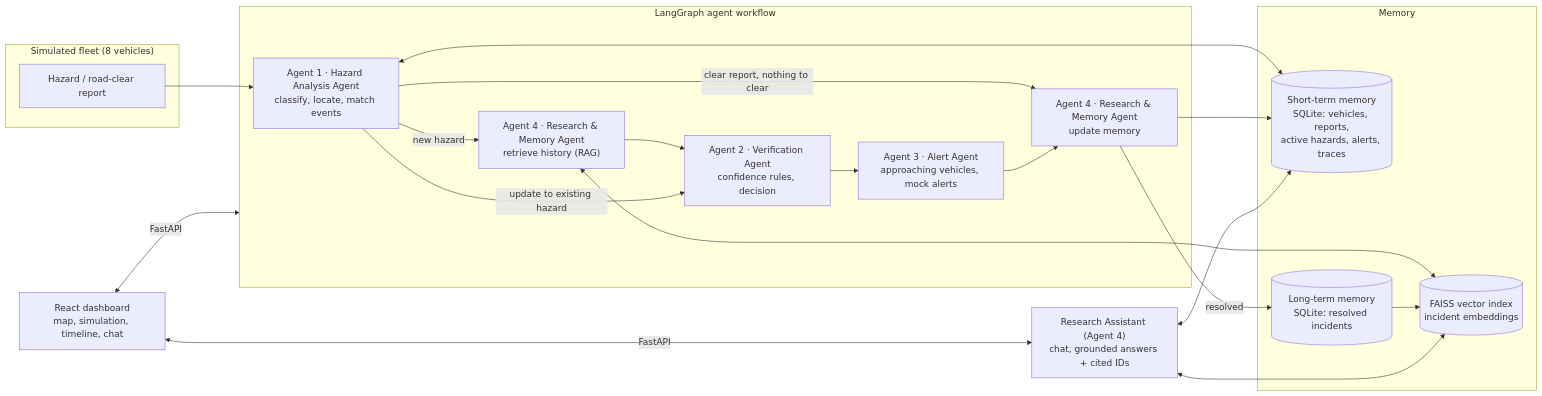
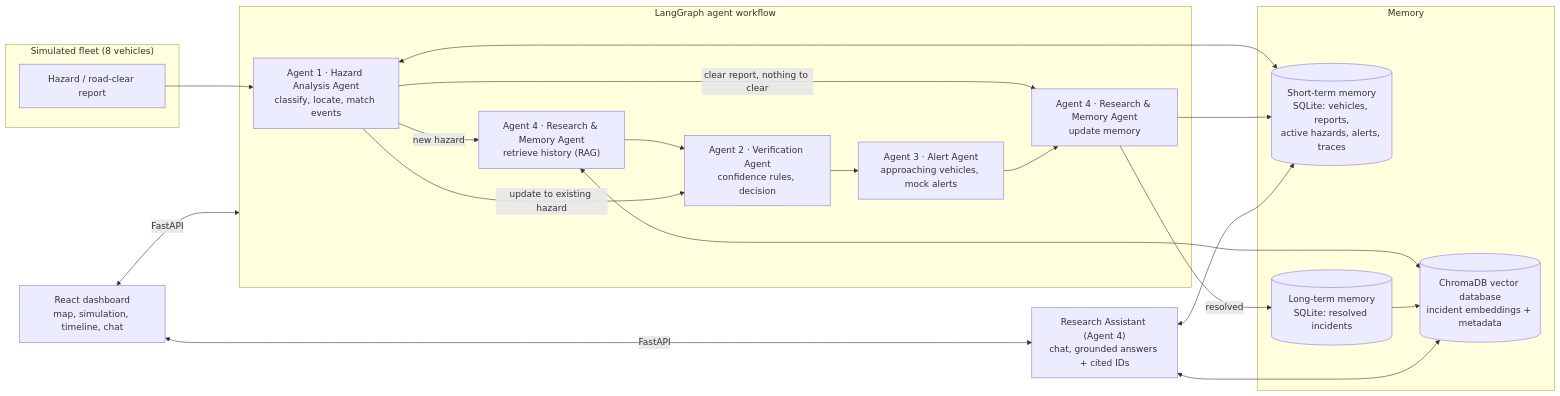
Before and after one commit to kirankh7/Autonomous-Safety-Agent-System: the diagram in autonomous-vehicle-agent/README.md, drawn with Mermaid. The commit also changed other lines of this file and 10 other files, not shown here.

First line of the commit message:
Use ChromaDB as the vector database

````diff
--- a/autonomous-vehicle-agent/README.md
+++ b/autonomous-vehicle-agent/README.md
@@ -30,37 +30,37 @@
 ```mermaid
 flowchart LR
     subgraph Vehicles["Simulated fleet (8 vehicles)"]
         R[Hazard / road-clear report]
     end
 
     subgraph Graph["LangGraph agent workflow"]
         A1["Agent 1 · Hazard Analysis Agent<br/>classify, locate, match events"]
         A4a["Agent 4 · Research & Memory Agent<br/>retrieve history (RAG)"]
         A2["Agent 2 · Verification Agent<br/>confidence rules, decision"]
         A3["Agent 3 · Alert Agent<br/>approaching vehicles, mock alerts"]
         A4b["Agent 4 · Research & Memory Agent<br/>update memory"]
         A1 -- new hazard --> A4a --> A2
         A1 -- update to existing hazard --> A2
         A1 -- clear report, nothing to clear --> A4b
         A2 --> A3 --> A4b
     end
 
     subgraph Memory
         STM[("Short-term memory<br/>SQLite: vehicles, reports,<br/>active hazards, alerts, traces")]
         LTM[("Long-term memory<br/>SQLite: resolved incidents")]
-        VEC[("FAISS vector index<br/>incident embeddings")]
+        VEC[("ChromaDB vector database<br/>incident embeddings + metadata")]
     end
 
     RA["Research Assistant (Agent 4)<br/>chat, grounded answers + cited IDs"]
     UI["React dashboard<br/>map, simulation, timeline, chat"]
 
     R --> A1
     A1 <--> STM
     A4a <--> VEC
     A4b --> STM
     A4b -- resolved --> LTM --> VEC
     RA <--> STM
     RA <--> VEC
     UI <-- FastAPI --> Graph
     UI <-- FastAPI --> RA
 ```
````
